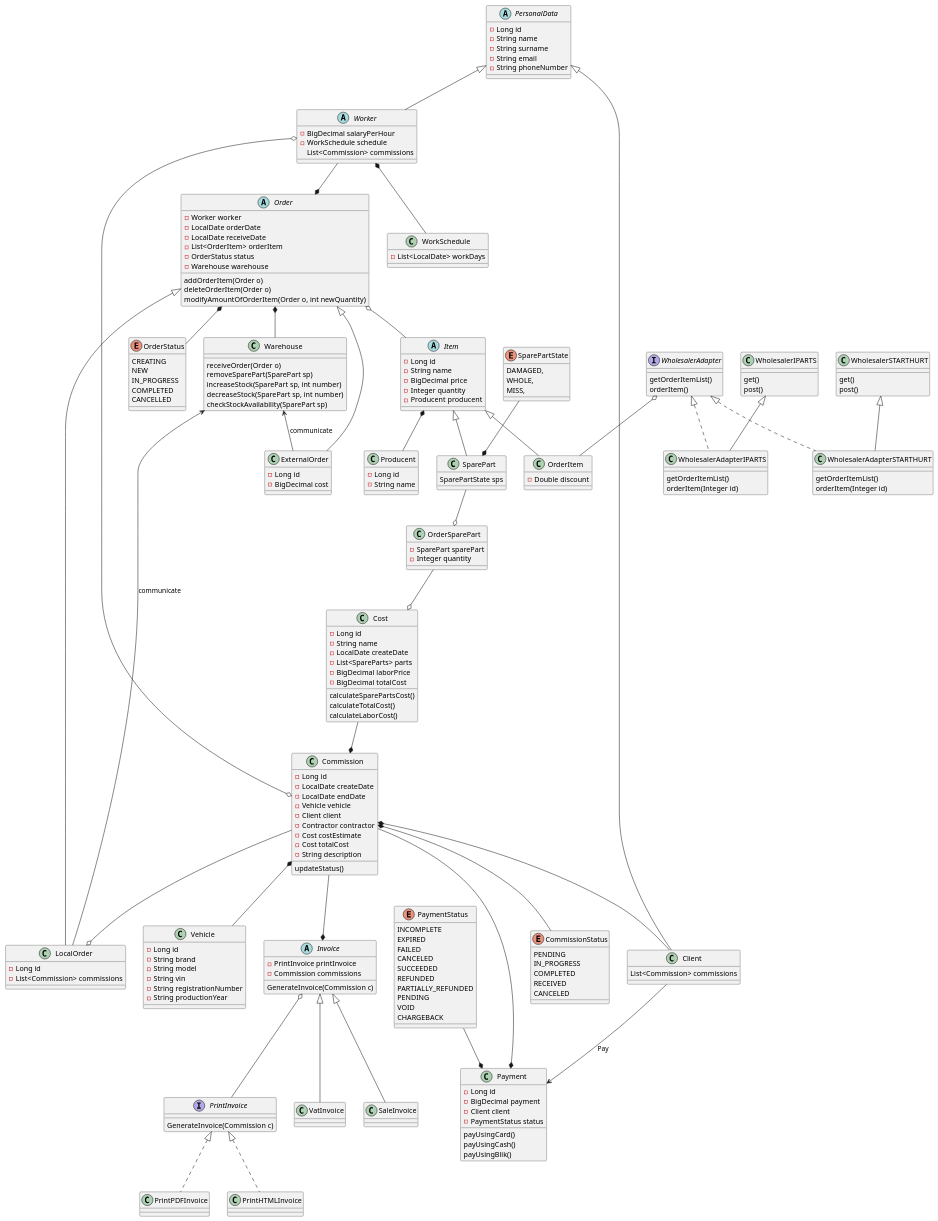
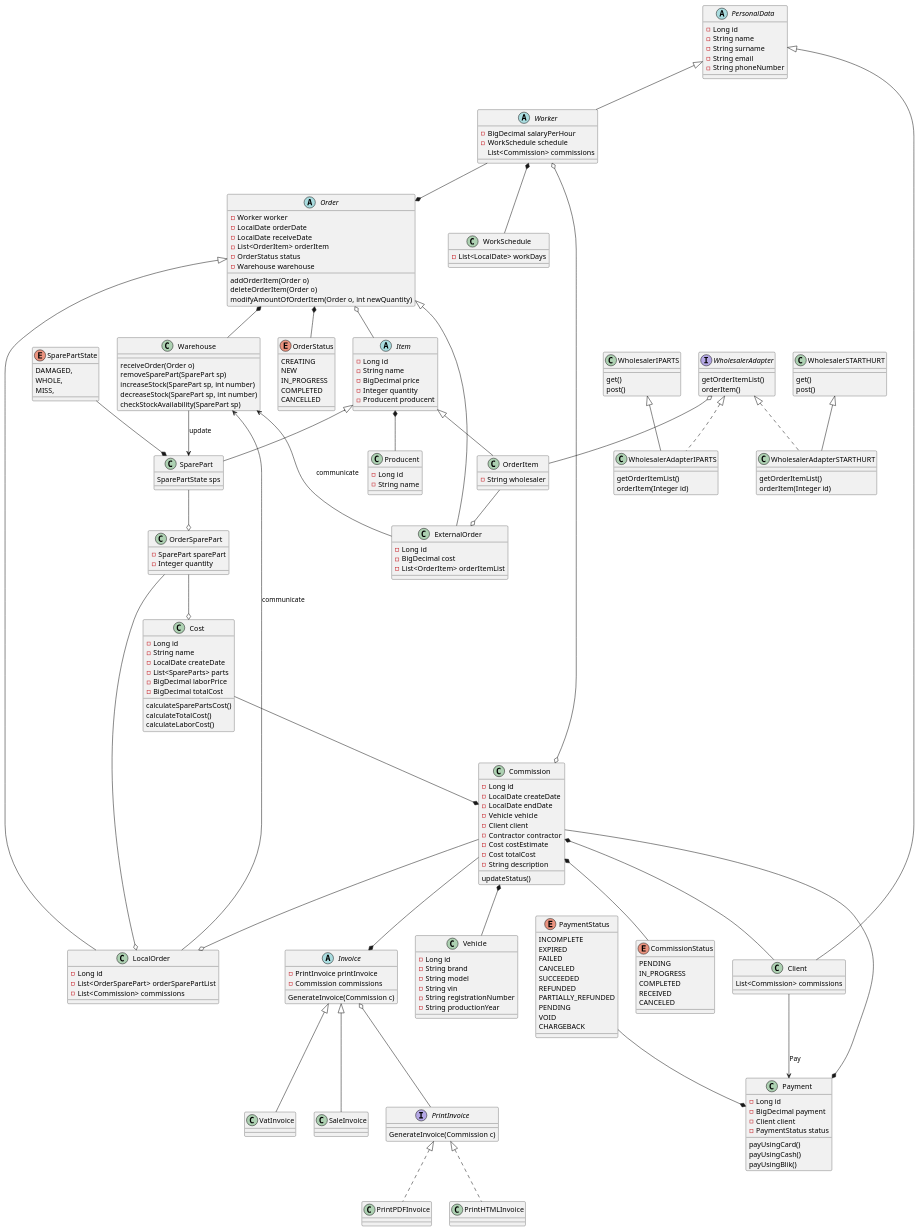
One commit to WojciechGos/Car-Service changed the diagram in CarService/src/main/java/com/carservice/CarService/scifi.puml. Above: the diagram before and after it, drawn with PlantUML. The commit also changed 13 other files, not shown here.

```diff
--- a/CarService/src/main/java/com/carservice/CarService/scifi.puml
+++ b/CarService/src/main/java/com/carservice/CarService/scifi.puml
@@ -48,7 +48,6 @@
 
     GenerateInvoice(Commission c)
 
-
 }
 class VatInvoice extends Invoice {
 }
@@ -65,11 +64,6 @@
 
 class PrintHTMLInvoice implements PrintInvoice {
 }
-
-
-
-
-
 
 
 
@@ -120,7 +114,7 @@
 }
 
 class OrderItem extends Item{
-    - Double discount
+    - String wholesaler
 }
 abstract class Order {
     - Worker worker
@@ -137,11 +131,13 @@
 
 class LocalOrder extends Order {
     - Long id
+    - List<OrderSparePart> orderSparePartList
     - List<Commission> commissions
 }
 class ExternalOrder extends Order {
     - Long id
     - BigDecimal cost
+    - List<OrderItem> orderItemList
 }
 
 interface WholesalerAdapter {
@@ -250,6 +246,8 @@
 Commission --* Invoice
 
 SparePart --o OrderSparePart
-
+OrderItem --o ExternalOrder
+OrderSparePart --o LocalOrder
+Warehouse --> SparePart : "update"
 
 @enduml
```
